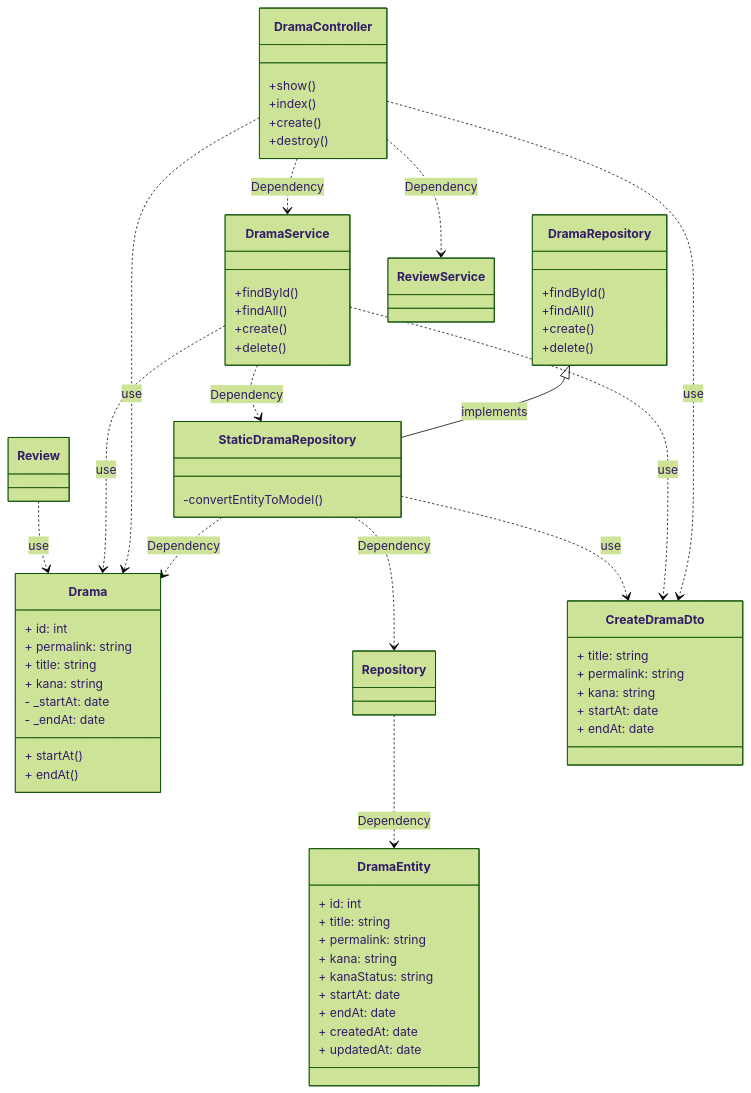
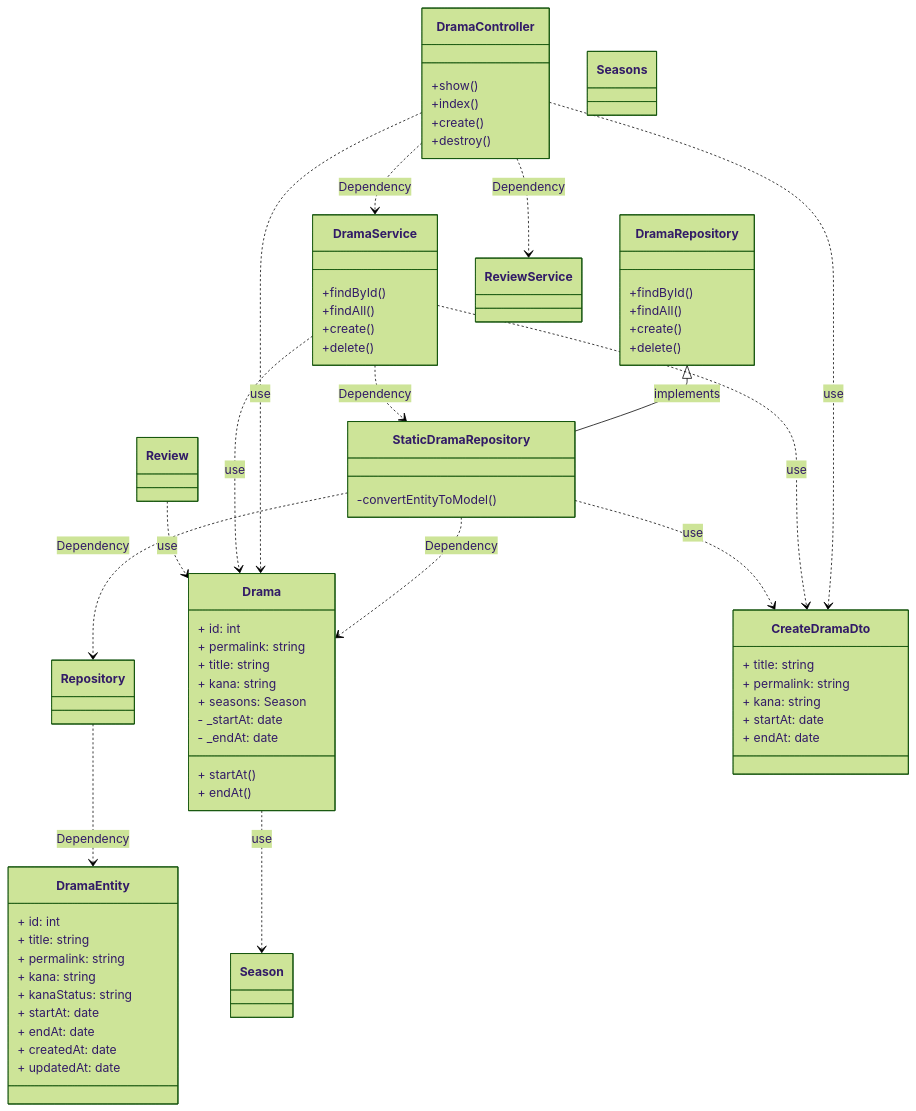
The diagram in docs/class-diagrams/drama.class-diagram.md (mediascience-gk/dramafam-by-nest-next), drawn with Mermaid (forest theme) before and after one commit. The commit also changed 20 other files, not shown here.

````diff
--- a/docs/class-diagrams/drama.class-diagram.md
+++ b/docs/class-diagrams/drama.class-diagram.md
@@ -1,66 +1,70 @@
 ```mermaid
 classDiagram
     DramaRepository <|-- StaticDramaRepository: implements
     DramaService ..> StaticDramaRepository: Dependency
     DramaController ..> DramaService: Dependency
     DramaController ..> ReviewService: Dependency
     StaticDramaRepository ..> Drama: Dependency
     StaticDramaRepository ..> Repository: Dependency
     Repository ..> DramaEntity: Dependency
     DramaController ..> CreateDramaDto: use
     DramaService ..> CreateDramaDto: use
     StaticDramaRepository ..> CreateDramaDto: use
     DramaController ..> Drama: use
     DramaService ..> Drama: use
+    Drama ..> Season: use
     class DramaRepository {
         +findById()
         +findAll()
         +create()
         +delete()
     }
     class StaticDramaRepository {
         -convertEntityToModel()
     }
     class DramaService {
         +findById()
         +findAll()
         +create()
         +delete()
     }
     class DramaController {
         +show()
         +index()
         +create()
         +destroy()
     }
     class Drama {
         + id: int
         + permalink: string
         + title: string
         + kana: string
+        + seasons: Season
         - _startAt: date
         - _endAt: date
         + startAt()
         + endAt()
     }
     class CreateDramaDto {
         + title: string
         + permalink: string
         + kana: string
         + startAt: date
         + endAt: date
     }
     class DramaEntity {
         + id: int
         + title: string
         + permalink: string
         + kana: string
         + kanaStatus: string
         + startAt: date
         + endAt: date
         + createdAt: date
         + updatedAt: date
     }
+    class Seasons {
+    }
     
     Review ..> Drama: use
 ```
````
